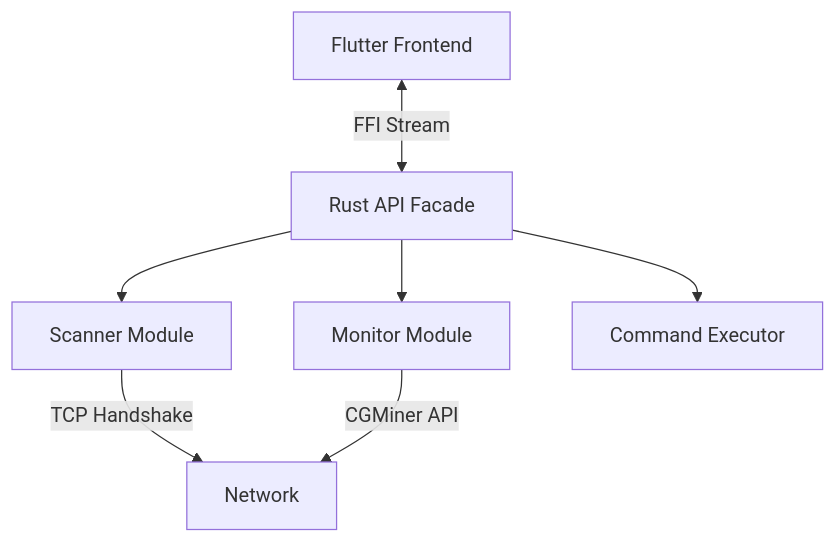
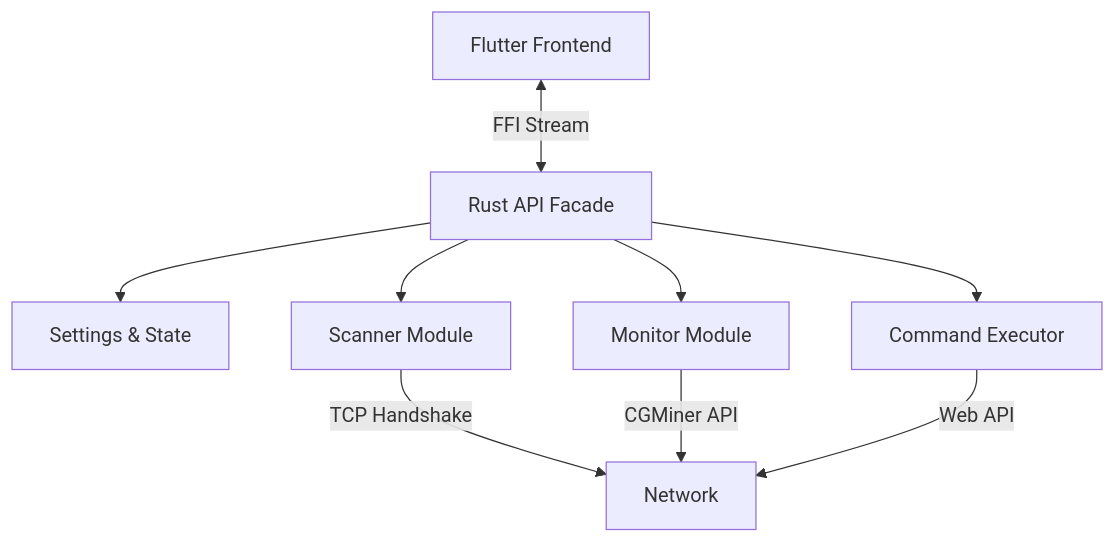
The first of 2 diagrams in Docs/TechnicalDesign.md (hangxigood/-Bit-Link-Miner-Manager), drawn with Mermaid before and after one commit. The commit also changed other lines of this file and 8 other files, not shown here.

````diff
--- a/Docs/TechnicalDesign.md
+++ b/Docs/TechnicalDesign.md
@@ -7,10 +7,12 @@
 ```mermaid
 graph TD
     UI[Flutter Frontend] <-->|FFI Stream| API[Rust API Facade]
+    API --> Config[Settings & State]
     API --> Scanner[Scanner Module]
     API --> Monitor[Monitor Module]
     API --> Cmd[Command Executor]
     
     Scanner -->|TCP Handshake| Network
     Monitor -->|CGMiner API| Network
+    Cmd -->|Web API| Network
 ```
````
